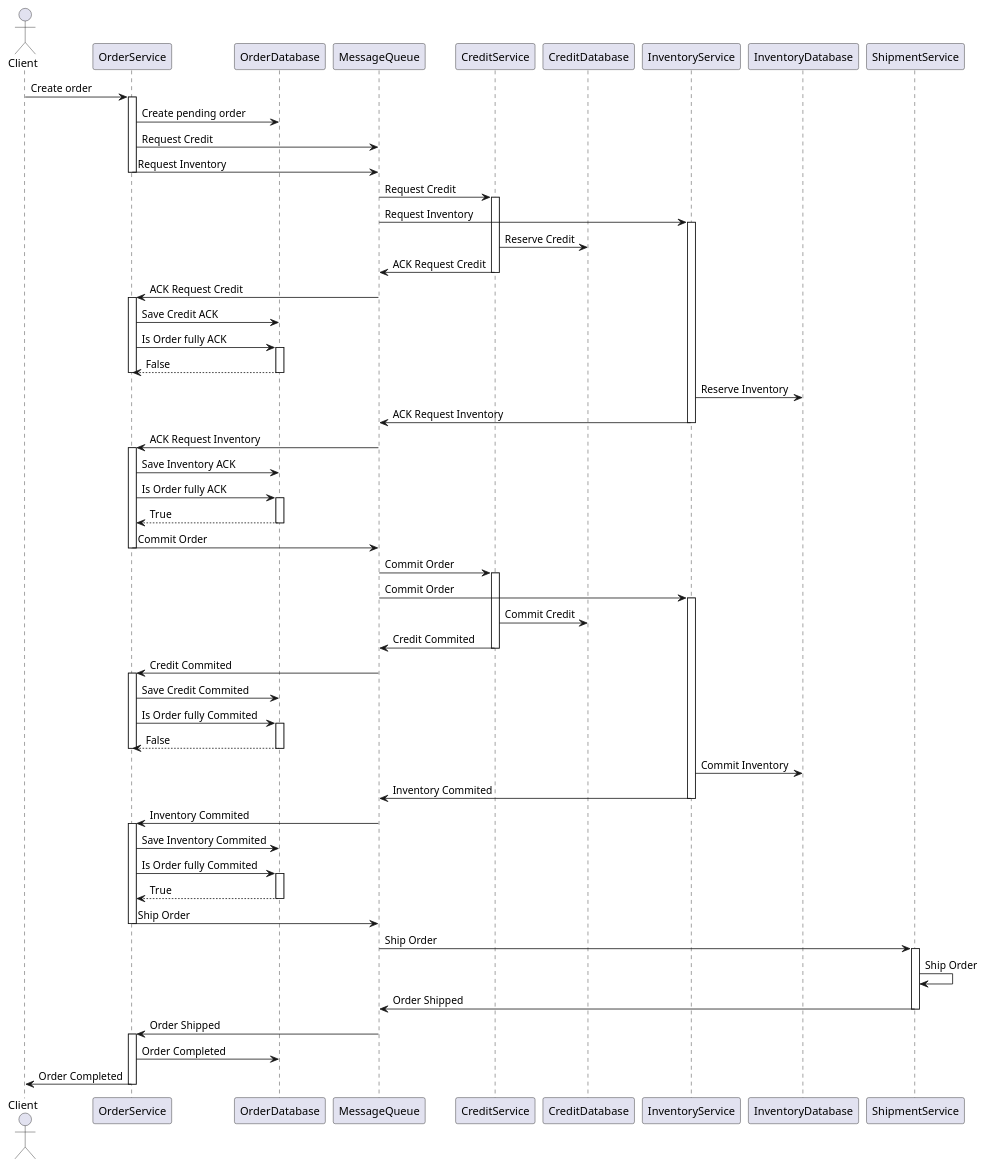
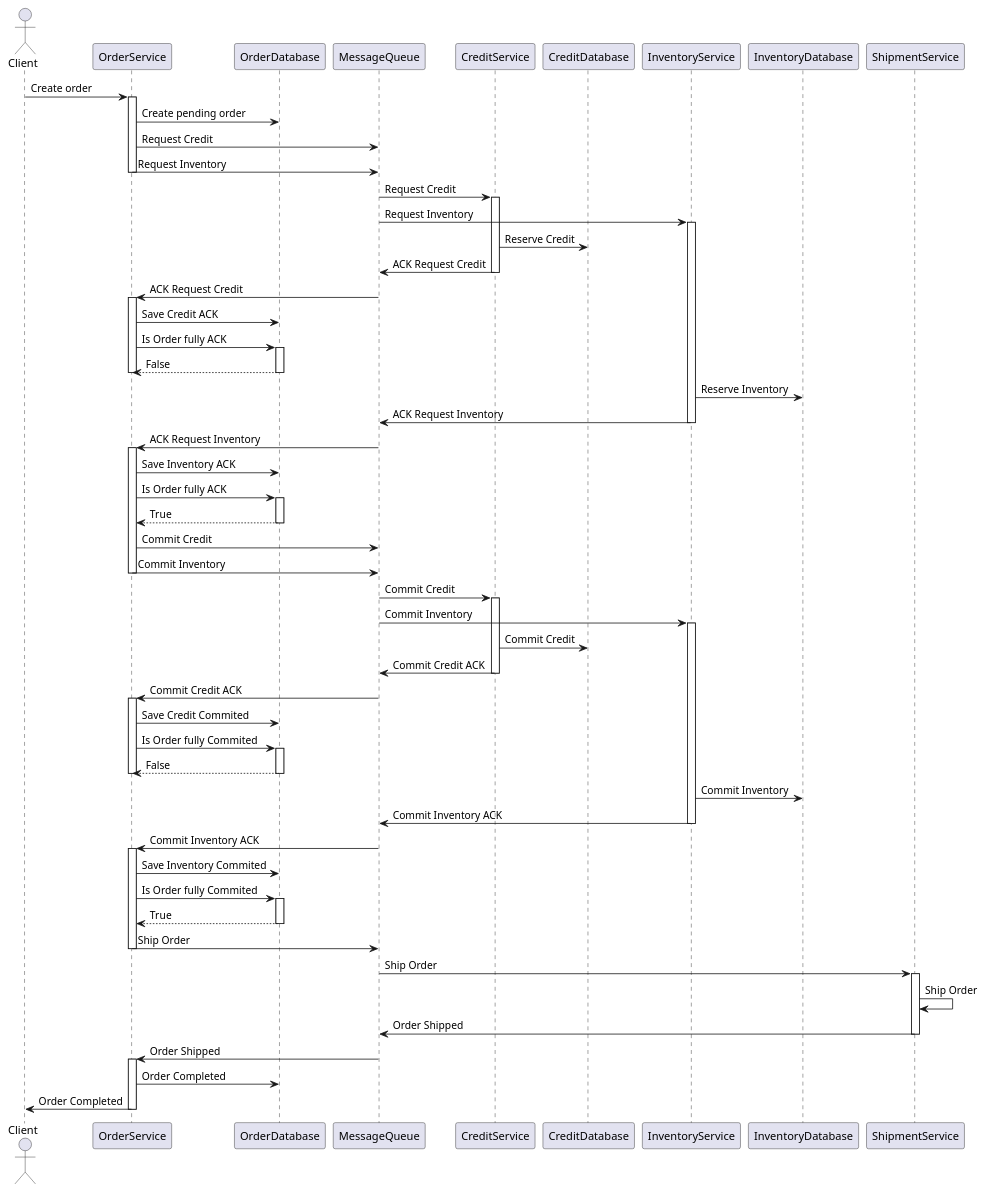
Before and after one commit to Tueaj/DISP_PLA: the diagram in DISP_Saga/sd.puml, drawn with PlantUML.

```diff
--- a/DISP_Saga/sd.puml
+++ b/DISP_Saga/sd.puml
@@ -1,100 +1,101 @@
 @startuml
 actor Client
 
 participant OrderService
 participant OrderDatabase
 
 participant MessageQueue
 
 participant CreditService
 participant CreditDatabase
 
 participant InventoryService
 participant InventoryDatabase
 
 participant ShipmentService
 
 Client -> OrderService: Create order
 activate OrderService
 OrderService -> OrderDatabase: Create pending order
 OrderService -> MessageQueue: Request Credit
 OrderService -> MessageQueue: Request Inventory
 deactivate OrderService
 
 MessageQueue -> CreditService: Request Credit
 activate CreditService
 MessageQueue -> InventoryService: Request Inventory
 activate InventoryService
 
 CreditService -> CreditDatabase: Reserve Credit
 CreditService -> MessageQueue: ACK Request Credit
 deactivate CreditService
 MessageQueue -> OrderService: ACK Request Credit
 activate OrderService
 OrderService -> OrderDatabase: Save Credit ACK
 OrderService -> OrderDatabase: Is Order fully ACK
 activate OrderDatabase
 return False
 deactivate OrderService
 
 InventoryService -> InventoryDatabase: Reserve Inventory
 InventoryService -> MessageQueue: ACK Request Inventory
 deactivate InventoryService
 MessageQueue -> OrderService: ACK Request Inventory
 activate OrderService
 OrderService -> OrderDatabase: Save Inventory ACK
 OrderService -> OrderDatabase: Is Order fully ACK
 activate OrderDatabase
 return True
 
-OrderService -> MessageQueue: Commit Order
+OrderService -> MessageQueue: Commit Credit
+OrderService -> MessageQueue: Commit Inventory
 deactivate OrderService
 
-MessageQueue -> CreditService: Commit Order
+MessageQueue -> CreditService: Commit Credit
 activate CreditService
-MessageQueue -> InventoryService: Commit Order
+MessageQueue -> InventoryService: Commit Inventory
 activate InventoryService
 
 CreditService -> CreditDatabase: Commit Credit
-CreditService -> MessageQueue: Credit Commited
+CreditService -> MessageQueue: Commit Credit ACK
 deactivate CreditService
-MessageQueue -> OrderService: Credit Commited
+MessageQueue -> OrderService: Commit Credit ACK
 activate OrderService
 OrderService -> OrderDatabase: Save Credit Commited
 OrderService -> OrderDatabase: Is Order fully Commited
 activate OrderDatabase
 return False
 deactivate OrderService
 
 
 
 
 
 InventoryService -> InventoryDatabase: Commit Inventory
-InventoryService -> MessageQueue: Inventory Commited
+InventoryService -> MessageQueue: Commit Inventory ACK
 deactivate InventoryService
-MessageQueue -> OrderService: Inventory Commited
+MessageQueue -> OrderService: Commit Inventory ACK
 activate OrderService
 OrderService -> OrderDatabase: Save Inventory Commited
 OrderService -> OrderDatabase: Is Order fully Commited
 activate OrderDatabase
 return True
 OrderService -> MessageQueue: Ship Order
 deactivate OrderService
 
 MessageQueue -> ShipmentService: Ship Order
 activate ShipmentService
 ShipmentService -> ShipmentService: Ship Order
 ShipmentService -> MessageQueue: Order Shipped
 deactivate ShipmentService
 
 MessageQueue -> OrderService: Order Shipped
 activate OrderService
 OrderService -> OrderDatabase: Order Completed
 OrderService -> Client: Order Completed
 deactivate OrderService
 
 
 
 
 @enduml
```
